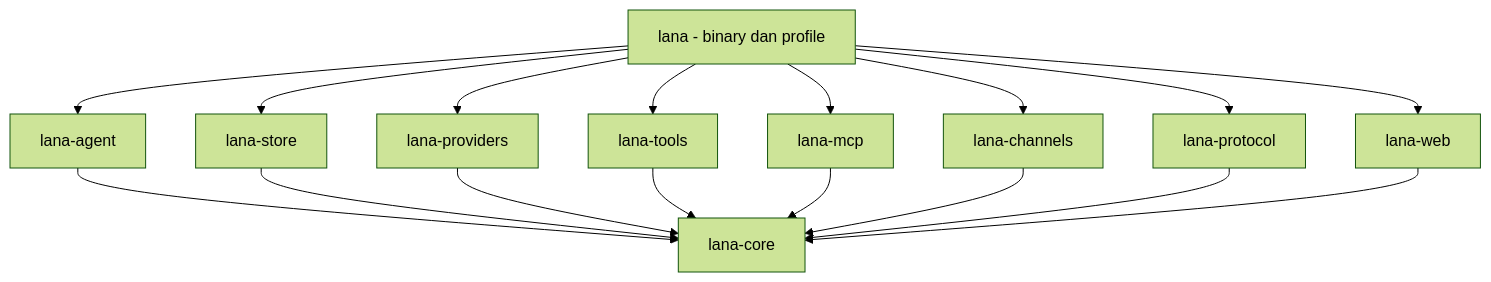
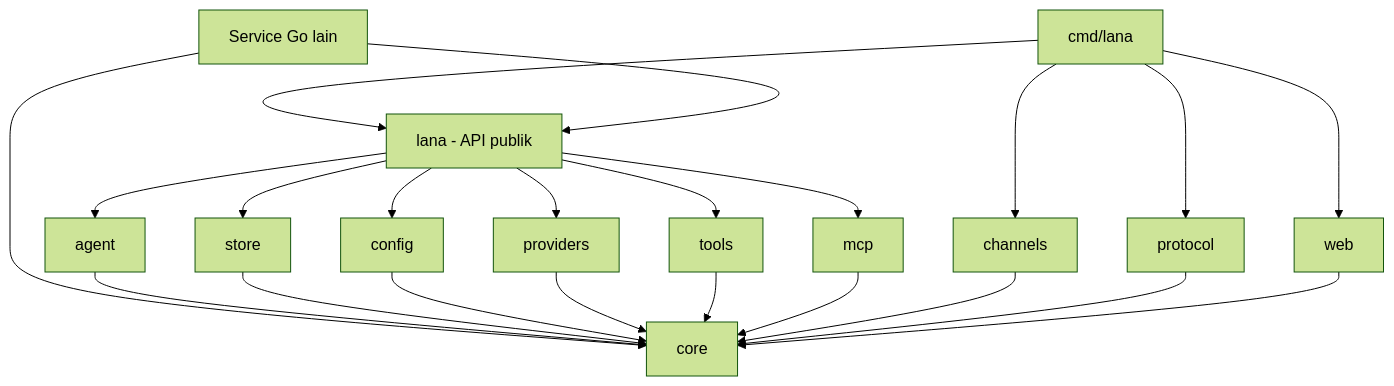
One commit to ridhomujizat/lana-harness changed the third of 6 diagrams in docs/diagram/0001-system-context-dan-roadmap.md. Above: the diagram before and after it, drawn with Mermaid (forest theme). The commit also changed other lines of this file and 24 other files, not shown here.

````diff
--- a/docs/diagram/0001-system-context-dan-roadmap.md
+++ b/docs/diagram/0001-system-context-dan-roadmap.md
@@ -100,30 +105,38 @@
 ```mermaid
 flowchart TD
-  Bin["lana - binary dan profile"]
-  Core["lana-core"]
-  Agent["lana-agent"]
-  Store["lana-store"]
-  Prov["lana-providers"]
-  Tool["lana-tools"]
-  Mcp["lana-mcp"]
-  Chan["lana-channels"]
-  Proto["lana-protocol"]
-  Web["lana-web"]
+  Main["cmd/lana"]
+  Embed["Service Go lain"]
+  Lana["lana - API publik"]
+  Core["core"]
+  Agent["agent"]
+  Store["store"]
+  Config["config"]
+  Prov["providers"]
+  Tool["tools"]
+  Mcp["mcp"]
+  Chan["channels"]
+  Proto["protocol"]
+  Web["web"]
 
-  Bin --> Agent
-  Bin --> Store
-  Bin --> Prov
-  Bin --> Tool
-  Bin --> Mcp
-  Bin --> Chan
-  Bin --> Proto
-  Bin --> Web
+  Main --> Lana
+  Main --> Chan
+  Main --> Proto
+  Main --> Web
+  Embed --> Lana
+  Embed --> Core
+  Lana --> Config
+  Lana --> Agent
+  Lana --> Store
+  Lana --> Prov
+  Lana --> Tool
+  Lana --> Mcp
   Agent --> Core
   Store --> Core
+  Config --> Core
   Prov --> Core
   Tool --> Core
   Mcp --> Core
   Chan --> Core
   Proto --> Core
   Web --> Core
 ```
````
